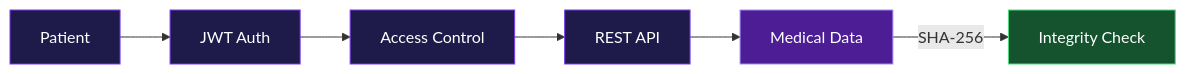
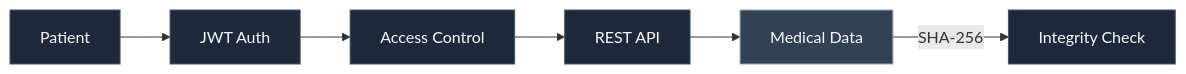
Before and after one commit to Rockyyy2312/Rockyyy2312: the second of 2 diagrams in README.md, drawn with Mermaid. The commit also changed other lines of this file, not shown here.

````diff
--- a/README.md
+++ b/README.md
@@ -123,14 +166,14 @@
 ```mermaid
 flowchart LR
     A["Patient"] --> B["JWT Auth"]
     B --> C["Access Control"]
     C --> D["REST API"]
     D --> E["Medical Data"]
     E -->|"SHA-256"| F["Integrity Check"]
-    style A fill:#1e1b4b,stroke:#7c3aed,color:#fff
-    style B fill:#1e1b4b,stroke:#7c3aed,color:#fff
-    style C fill:#1e1b4b,stroke:#7c3aed,color:#fff
-    style D fill:#1e1b4b,stroke:#7c3aed,color:#fff
-    style E fill:#4c1d95,stroke:#a78bfa,color:#fff
-    style F fill:#14532d,stroke:#4ade80,color:#fff
+    style A fill:#1e293b,stroke:#475569,color:#f8fafc
+    style B fill:#1e293b,stroke:#475569,color:#f8fafc
+    style C fill:#1e293b,stroke:#475569,color:#f8fafc
+    style D fill:#1e293b,stroke:#475569,color:#f8fafc
+    style E fill:#334155,stroke:#94a3b8,color:#f8fafc
+    style F fill:#1e293b,stroke:#475569,color:#f8fafc
 ```
````
